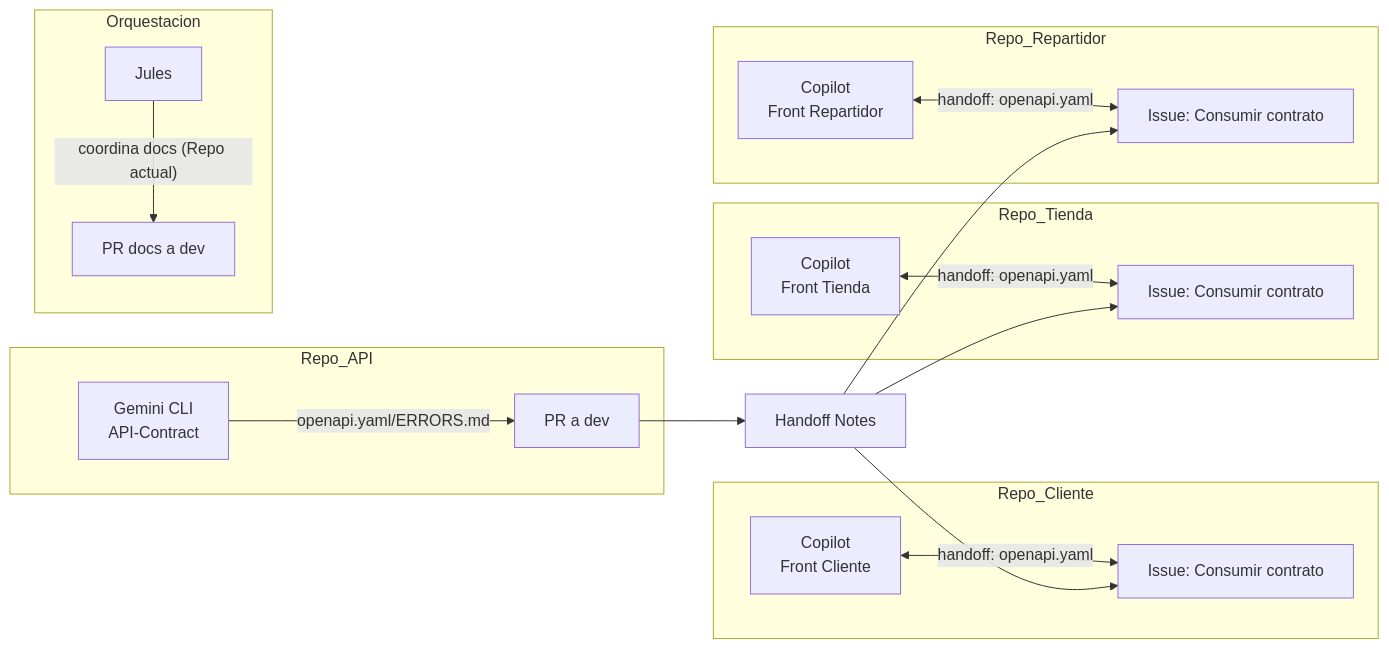
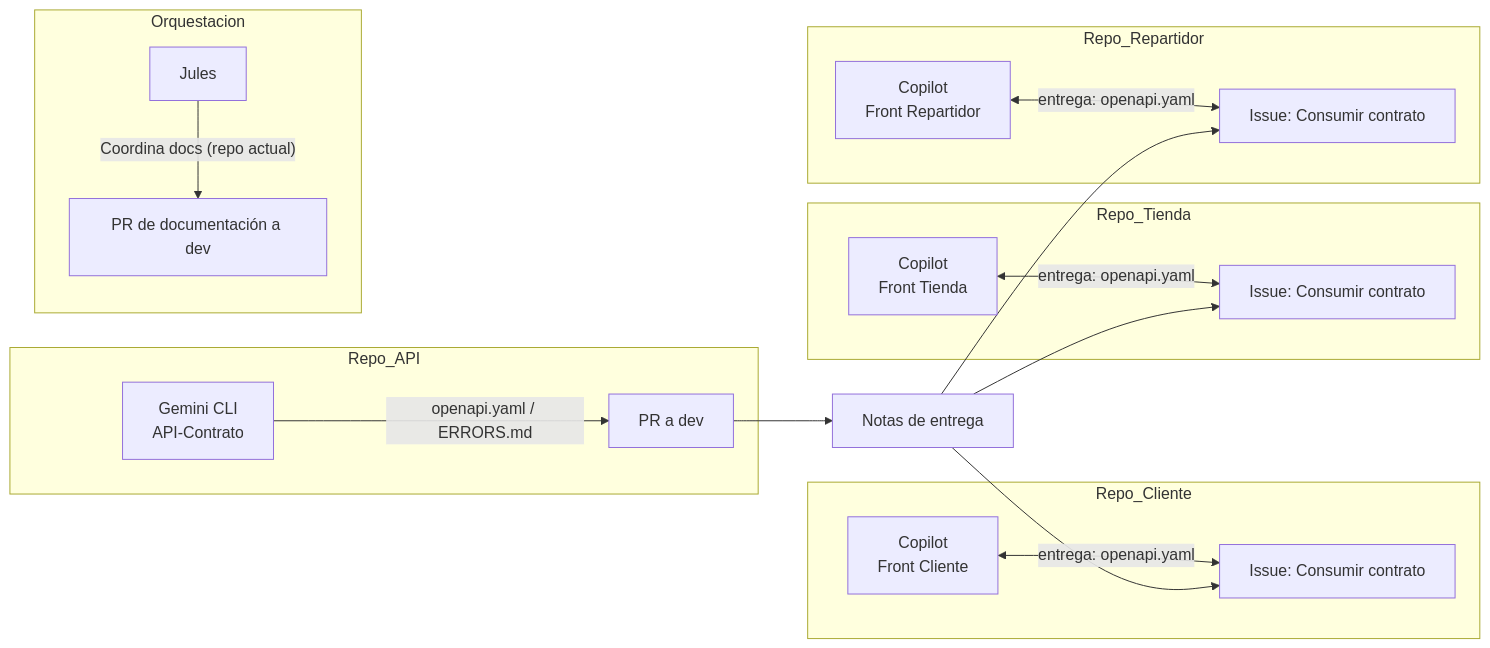
Before and after one commit to SebastianVernisMora/Yega-Ecosistema: the diagram in README.md, drawn with Mermaid.

Commit message:
Actualizar README.md

````diff
--- a/README.md
+++ b/README.md
@@ -23,33 +23,29 @@
 ```mermaid
 
 flowchart LR
 
   subgraph Repo_API
-    A[Gemini CLI
-        API-Contract] -- openapi.yaml/ERRORS.md --> PR_API[PR a dev]
+    A[Gemini CLI<br>API-Contrato] -- "openapi.yaml / ERRORS.md" --> PR_API[PR a dev]
   end
 
   subgraph Repo_Cliente
-    C[Copilot
-         Front Cliente] <-- handoff: openapi.yaml --> Issue_C[Issue: Consumir contrato]
+    C[Copilot<br>Front Cliente] <-- "entrega: openapi.yaml" --> Issue_C[Issue: Consumir contrato]
   end
 
   subgraph Repo_Tienda
-    T[Copilot
-         Front Tienda] <-- handoff: openapi.yaml --> Issue_T[Issue: Consumir contrato]
+    T[Copilot<br>Front Tienda] <-- "entrega: openapi.yaml" --> Issue_T[Issue: Consumir contrato]
   end
 
   subgraph Repo_Repartidor
-    R[Copilot
-          Front Repartidor] <-- handoff: openapi.yaml --> Issue_R[Issue: Consumir contrato]
+    R[Copilot<br>Front Repartidor] <-- "entrega: openapi.yaml" --> Issue_R[Issue: Consumir contrato]
   end
 
   subgraph Orquestacion
-    J[Jules] -- "coordina docs (Repo actual)" --> PR_DOCS[PR docs a dev]
+    J[Jules] -- "Coordina docs (repo actual)" --> PR_DOCS[PR de documentación a dev]
   end
 
-  PR_API --> HandoffAPI[Handoff Notes]
+  PR_API --> HandoffAPI[Notas de entrega]
   HandoffAPI --> Issue_C
   HandoffAPI --> Issue_T
   HandoffAPI --> Issue_R
 ```
````
